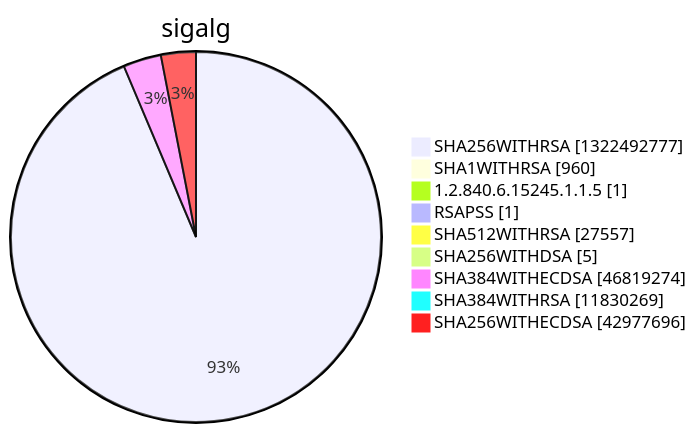
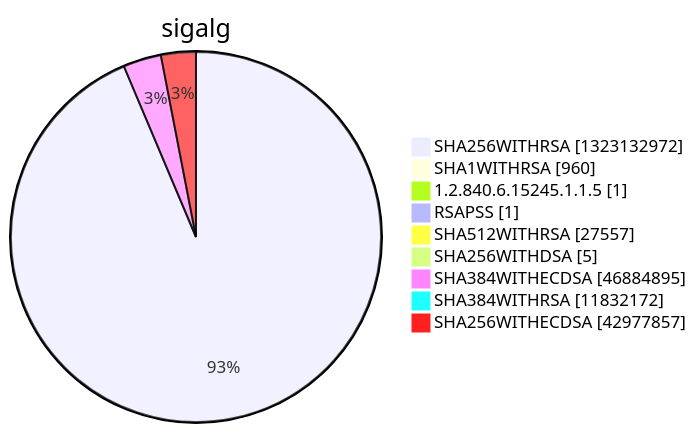
Before and after one commit to christiankrug/ctmonitor_visualization: diagram 15 of 15 in argon2022/README.md, drawn with Mermaid. The commit also changed other lines of this file, not shown here.

````diff
--- a/argon2022/README.md
+++ b/argon2022/README.md
@@ -5524,13 +5524,13 @@
 ```mermaid
 pie showData
 title sigalg
-"SHA256WITHRSA" :1322492777
+"SHA256WITHRSA" :1323132972
 "SHA1WITHRSA" :960
 "1.2.840.6.15245.1.1.5" :1
 "RSAPSS" :1
 "SHA512WITHRSA" :27557
 "SHA256WITHDSA" :5
-"SHA384WITHECDSA" :46819274
-"SHA384WITHRSA" :11830269
-"SHA256WITHECDSA" :42977696
+"SHA384WITHECDSA" :46884895
+"SHA384WITHRSA" :11832172
+"SHA256WITHECDSA" :42977857
 ```
````
